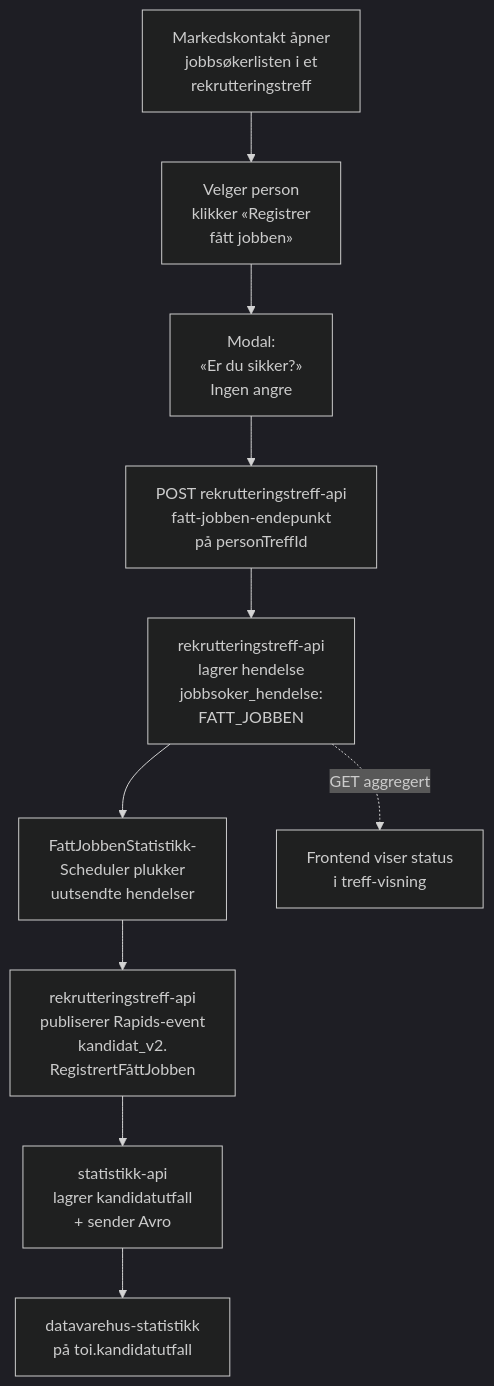
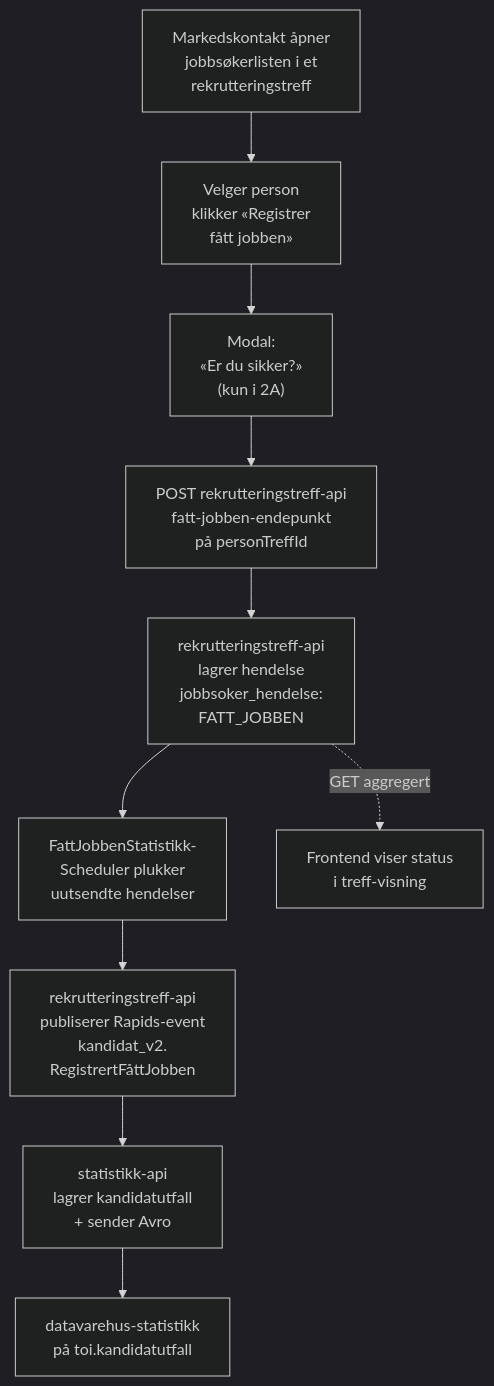
The third of 4 diagrams in docs/9-planer/rekrutteringstreff-fått-jobben/vurdering-fatt-jobben-statistikk-rekrutteringstreff.md (navikt/rekrutteringstreff-backend), drawn with Mermaid (dark theme) before and after one commit. The commit also changed other lines of this file and 1 other file, not shown here.

Commit message:
Legg til angre fått jobben i plan

````diff
--- a/docs/9-planer/rekrutteringstreff-fått-jobben/vurdering-fatt-jobben-statistikk-rekrutteringstreff.md
+++ b/docs/9-planer/rekrutteringstreff-fått-jobben/vurdering-fatt-jobben-statistikk-rekrutteringstreff.md
@@ -150,16 +150,16 @@
 ```mermaid
 flowchart TD
     A["Markedskontakt åpner<br/>jobbsøkerlisten i et<br/>rekrutteringstreff"]
     B["Velger person<br/>klikker «Registrer<br/>fått jobben»"]
-    C["Modal:<br/>«Er du sikker?»<br/>Ingen angre"]
+    C["Modal:<br/>«Er du sikker?»<br/>(kun i 2A)"]
     D["POST rekrutteringstreff-api<br/>fatt-jobben-endepunkt<br/>på personTreffId"]
     E["rekrutteringstreff-api<br/>lagrer hendelse<br/>jobbsoker_hendelse:<br/>FATT_JOBBEN"]
     F["FattJobbenStatistikk-<br/>Scheduler plukker<br/>uutsendte hendelser"]
     G["rekrutteringstreff-api<br/>publiserer Rapids-event<br/>kandidat_v2.<br/>RegistrertFåttJobben"]
     H["statistikk-api<br/>lagrer kandidatutfall<br/>+ sender Avro"]
     I["datavarehus-statistikk<br/>på toi.kandidatutfall"]
     K["Frontend viser status<br/>i treff-visning"]
 
     A --> B --> C --> D --> E --> F --> G --> H --> I
     E -. "GET aggregert" .-> K
 ```
````
